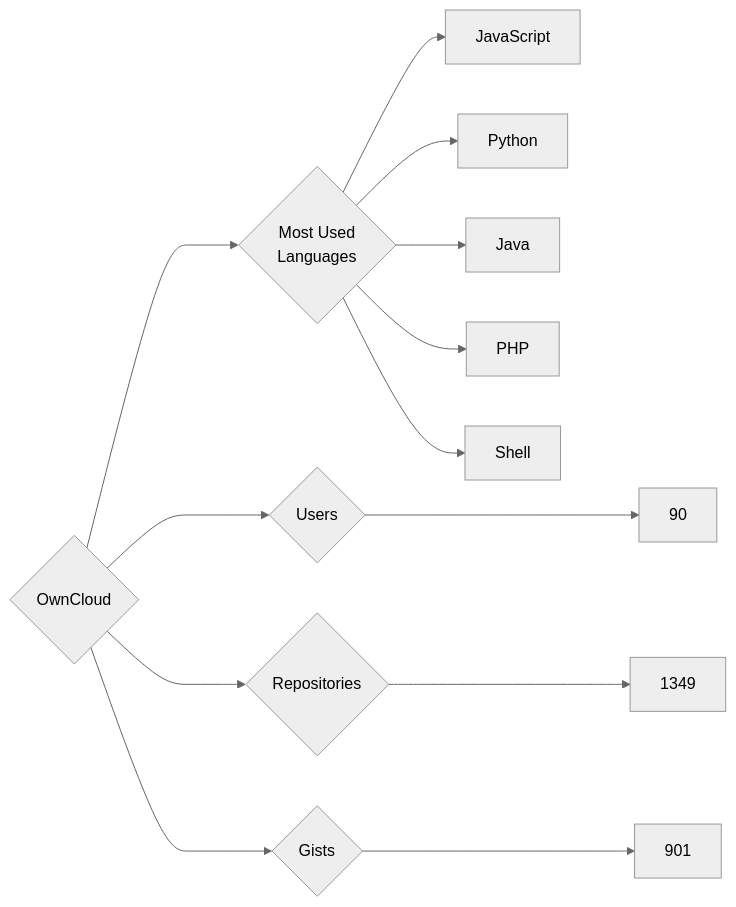
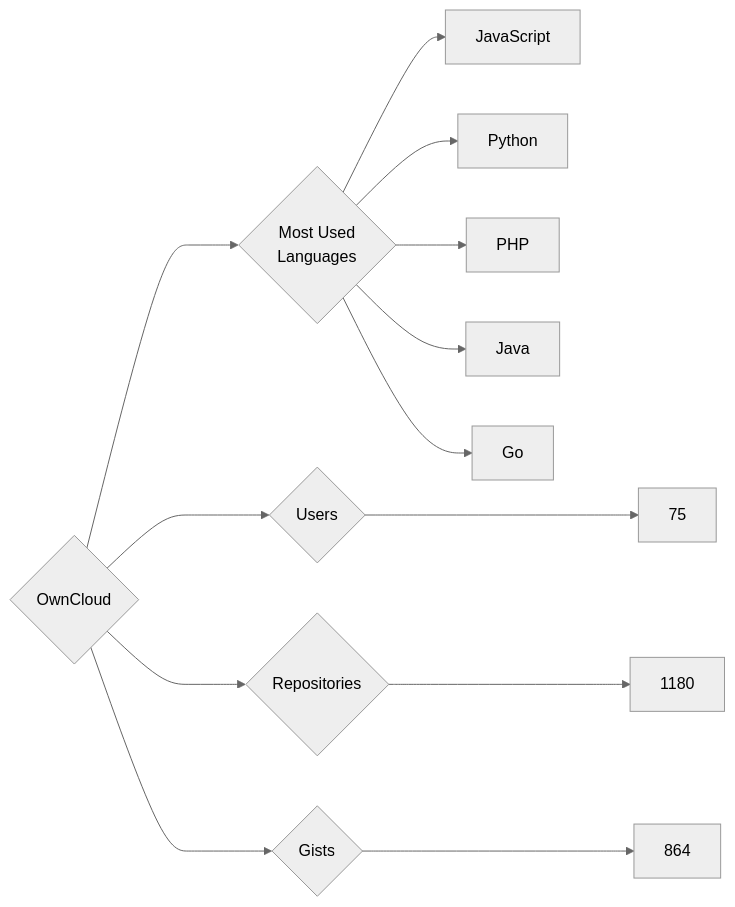
One commit to trickest/insiders changed the diagram in targets/OwnCloud/README.md. Above: the diagram before and after it, drawn with Mermaid (neutral theme). The commit also changed 928 other files, not shown here.

````diff
--- a/targets/OwnCloud/README.md
+++ b/targets/OwnCloud/README.md
@@ -3,13 +3,13 @@
 ```mermaid
 graph LR
 COMPANY_NAME{OwnCloud}
-COMPANY_NAME ---> U{Users} ---> UN[90]
-COMPANY_NAME ---> R{Repositories} ---> RN[1349]
-COMPANY_NAME ---> G{Gists} ---> GN[901]
+COMPANY_NAME ---> U{Users} ---> UN[75]
+COMPANY_NAME ---> R{Repositories} ---> RN[1180]
+COMPANY_NAME ---> G{Gists} ---> GN[864]
 COMPANY_NAME ---> ML{Most Used<br>Languages}
 ML --> JavaScript[JavaScript]
 ML --> Python[Python]
+ML --> PHP[PHP]
 ML --> Java[Java]
-ML --> PHP[PHP]
-ML --> Shell[Shell]
+ML --> Go[Go]
 ```
````
